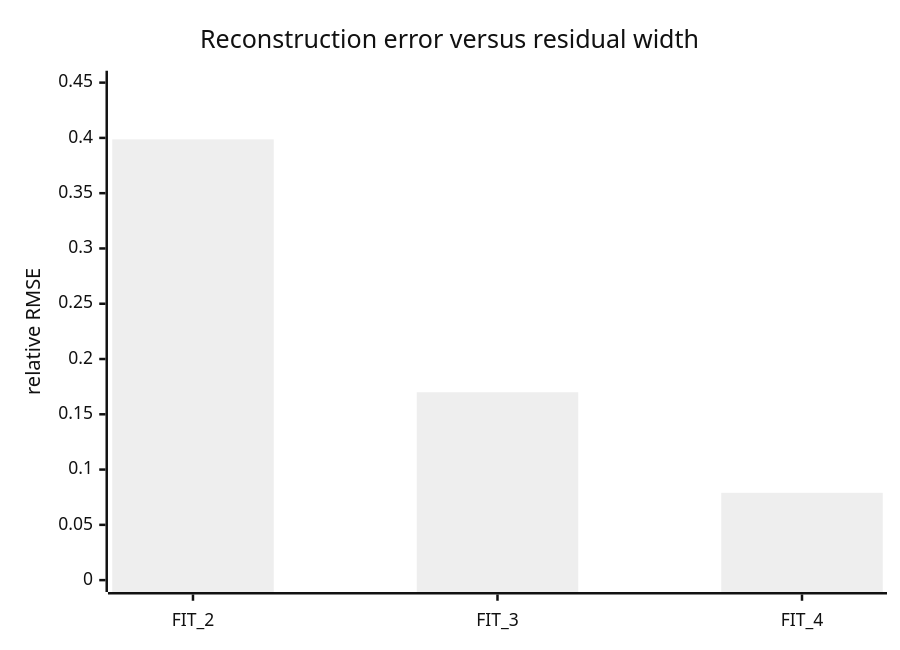
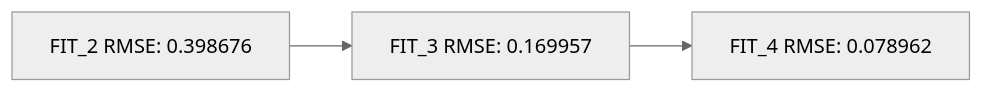
One commit to adsazad/swq-llama.cpp changed the fifth of 6 diagrams in docs/development/SWQ-RESEARCH-PAPER.md. Above: the diagram before and after it, drawn with Mermaid (neutral theme). The commit also changed other lines of this file and 1 other file, not shown here.

````diff
--- a/docs/development/SWQ-RESEARCH-PAPER.md
+++ b/docs/development/SWQ-RESEARCH-PAPER.md
@@ -428,7 +426,5 @@
 ```mermaid
-xychart-beta
-    title "Reconstruction error versus residual width"
-    x-axis [FIT_2, FIT_3, FIT_4]
-    y-axis "relative RMSE" 0 --> 0.45
-    bar [0.398676, 0.169957, 0.078962]
+flowchart LR
+    A["FIT_2 RMSE: 0.398676"] --> B["FIT_3 RMSE: 0.169957"]
+    B --> C["FIT_4 RMSE: 0.078962"]
 ```
````
